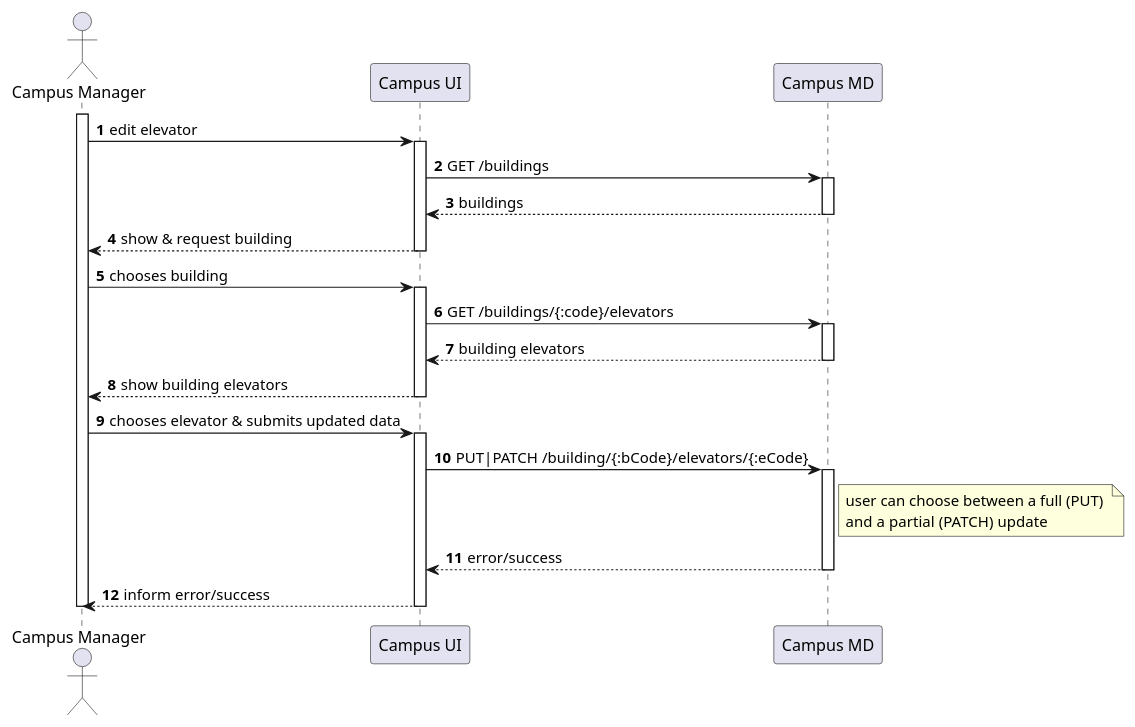
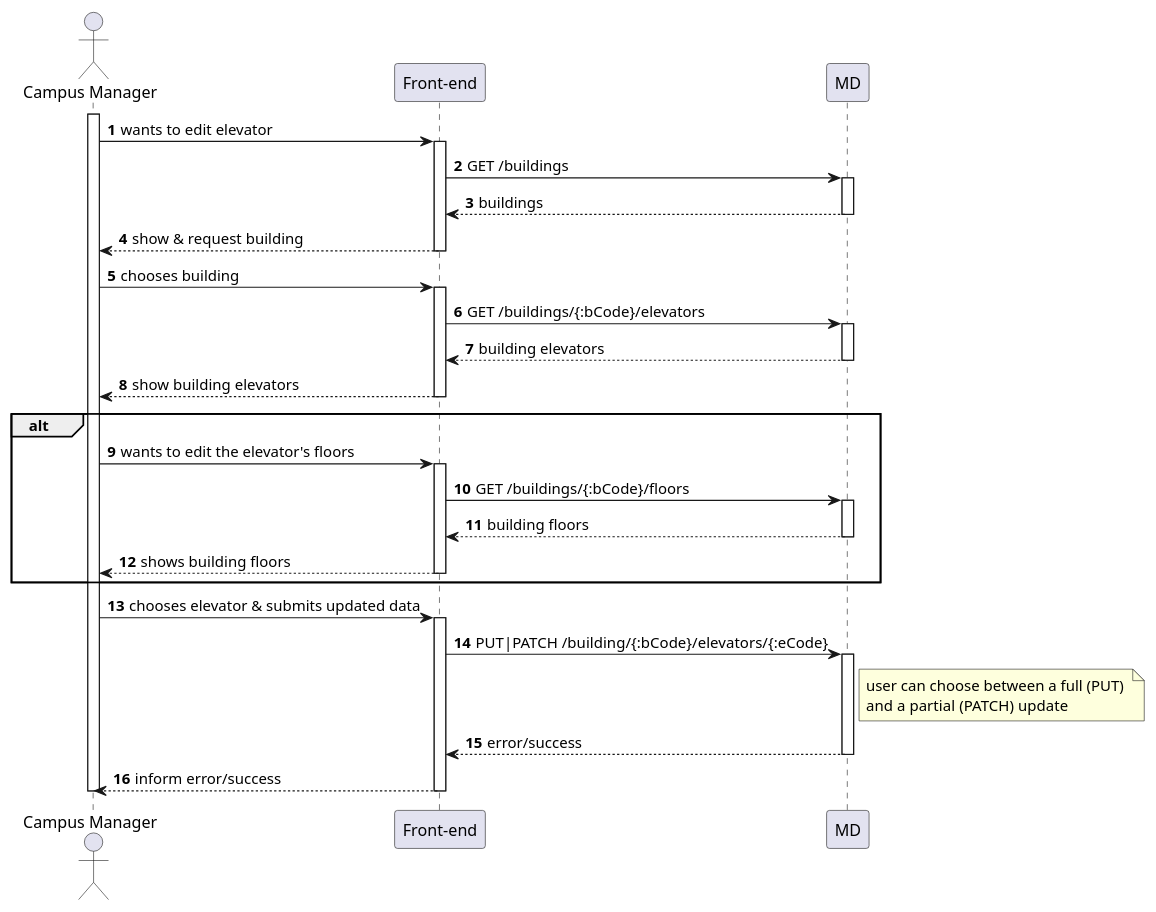
One commit to Departamento-de-Engenharia-Informatica/lapr5-23-24-g19 changed the diagram in docs/us1150/level2/process-view.puml. Above: the diagram before and after it, drawn with PlantUML. The commit also changed 4 other files, not shown here.

```diff
--- a/docs/us1150/level2/process-view.puml
+++ b/docs/us1150/level2/process-view.puml
@@ -1,42 +1,54 @@
 @startuml
 autonumber
 
 actor "Campus Manager" as usr
 
-participant "Campus UI" as ui
-participant "Campus MD" as md
+participant "Front-end" as ui
+participant "MD" as md
 
 activate usr
-    usr -> ui : edit elevator
+    usr -> ui : wants to edit elevator
     activate ui
         ui -> md : GET /buildings
         activate md
             md --> ui : buildings
         deactivate md
 
         ui --> usr : show & request building
     deactivate ui
 
     usr -> ui : chooses building
     activate ui
-        ui -> md : GET /buildings/{:code}/elevators
+        ui -> md : GET /buildings/{:bCode}/elevators
         activate md
             md --> ui : building elevators
         deactivate md
 
         ui --> usr : show building elevators
     deactivate ui
+
+    alt
+        usr -> ui : wants to edit the elevator's floors
+        activate ui
+            ui -> md : GET /buildings/{:bCode}/floors
+            activate md
+                md --> ui : building floors
+            deactivate md
+
+            ui --> usr : shows building floors
+        deactivate ui
+    end
 
     usr -> ui : chooses elevator & submits updated data
     activate ui
         ui -> md : PUT|PATCH /building/{:bCode}/elevators/{:eCode}
         note right of md : user can choose between a full (PUT) \nand a partial (PATCH) update
         activate md
             md --> ui : error/success
         deactivate md
 
         ui --> usr : inform error/success
     deactivate ui
 deactivate usr
 
 @enduml
```
